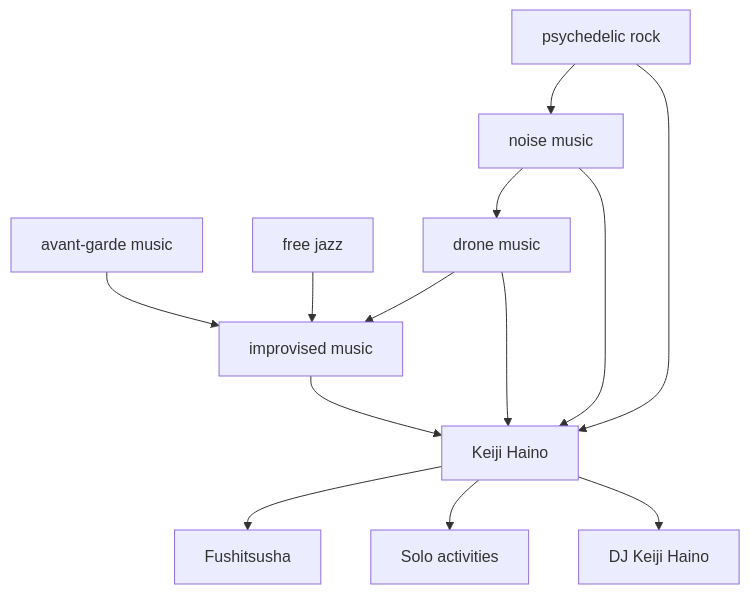
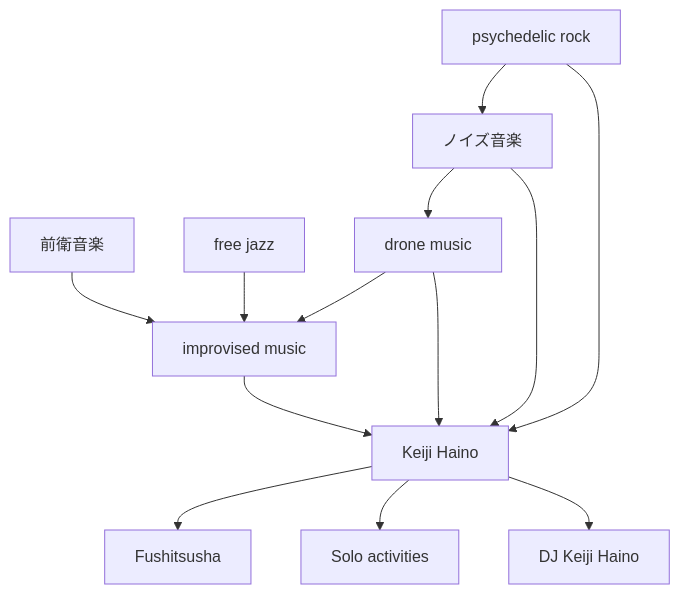
Before and after one commit to monumental-movement/monumental-movement.github.io: the ninth of 9 diagrams in en/_posts/2026-03-06-column-keiji-haino.md, drawn with Mermaid. The commit also changed other lines of this file and 1012 other files, not shown here.

```diff
--- a/en/_posts/2026-03-06-column-keiji-haino.md
+++ b/en/_posts/2026-03-06-column-keiji-haino.md
@@ -718,29 +718,29 @@
 <div class="mermaid">
 
 graph TD
 
-AvantGarde[avant-garde music]
+AvantGarde[前衛音楽]
 FreeJazz[free jazz]
-Noise[noise music]
+Noise[ノイズ音楽]
 Drone[drone music]
 Psychedelic[psychedelic rock]
 Improvisation[improvised music]
 
 Haino[Keiji Haino]
 
 AvantGarde --> Improvisation
 FreeJazz --> Improvisation
 Noise --> Drone
 Drone --> Improvisation
 Psychedelic --> Noise
 
 Improvisation --> Haino
 Noise --> Haino
 Drone --> Haino
 Psychedelic --> Haino
 
 Haino --> Fushitsusha[Fushitsusha]
 Haino --> SoloWorks[Solo activities]
 Haino --> DJStyle[DJ Keiji Haino]
 
 </div>
```
